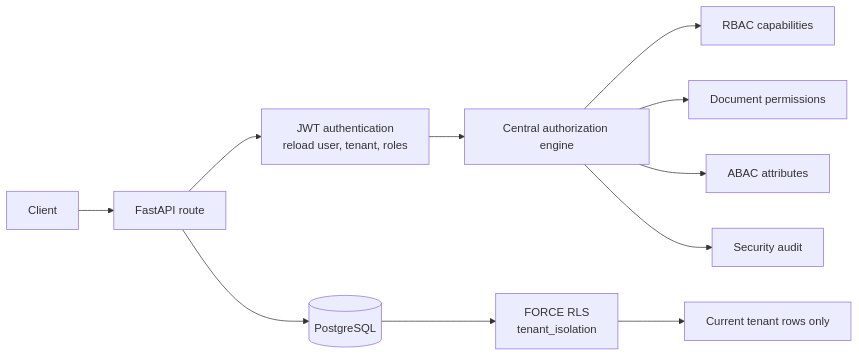
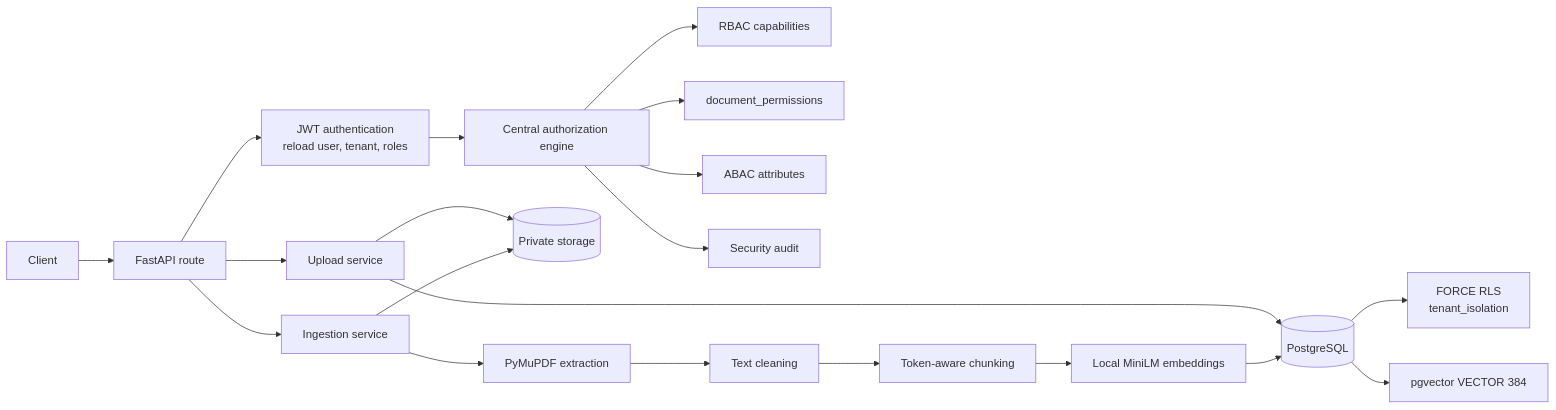
One commit to madhurya-13/VaultRag changed the first of 2 diagrams in README.md. Above: the diagram before and after it, drawn with Mermaid. The commit also changed other lines of this file and 36 other files, not shown here.

Commit message:
feat: complete Milestone 3 ingestion and pgvector storage

````diff
--- a/README.md
+++ b/README.md
@@ -39,13 +64,25 @@
 ```mermaid
 flowchart LR
-    C[Client] --> A[FastAPI route]
-    A --> N[JWT authentication<br/>reload user, tenant, roles]
-    N --> E[Central authorization engine]
-    E --> R[RBAC capabilities]
-    E --> D[Document permissions]
-    E --> B[ABAC attributes]
-    E --> AU[Security audit]
-    A --> DB[(PostgreSQL)]
+    C[Client] --> API[FastAPI route]
+    API --> AUTH[JWT authentication<br/>reload user, tenant, roles]
+    AUTH --> AUTHZ[Central authorization engine]
+    AUTHZ --> RBAC[RBAC capabilities]
+    AUTHZ --> PERM[document_permissions]
+    AUTHZ --> ABAC[ABAC attributes]
+    AUTHZ --> AUDIT[Security audit]
+
+    API --> UPLOAD[Upload service]
+    UPLOAD --> STORE[(Private storage)]
+    UPLOAD --> DB[(PostgreSQL)]
+
+    API --> INGEST[Ingestion service]
+    INGEST --> STORE
+    INGEST --> PDF[PyMuPDF extraction]
+    PDF --> CLEAN[Text cleaning]
+    CLEAN --> CHUNK[Token-aware chunking]
+    CHUNK --> EMBED[Local MiniLM embeddings]
+    EMBED --> DB
+
     DB --> RLS[FORCE RLS<br/>tenant_isolation]
-    RLS --> T[Current tenant rows only]
+    DB --> VEC[pgvector VECTOR 384]
 ```
````
